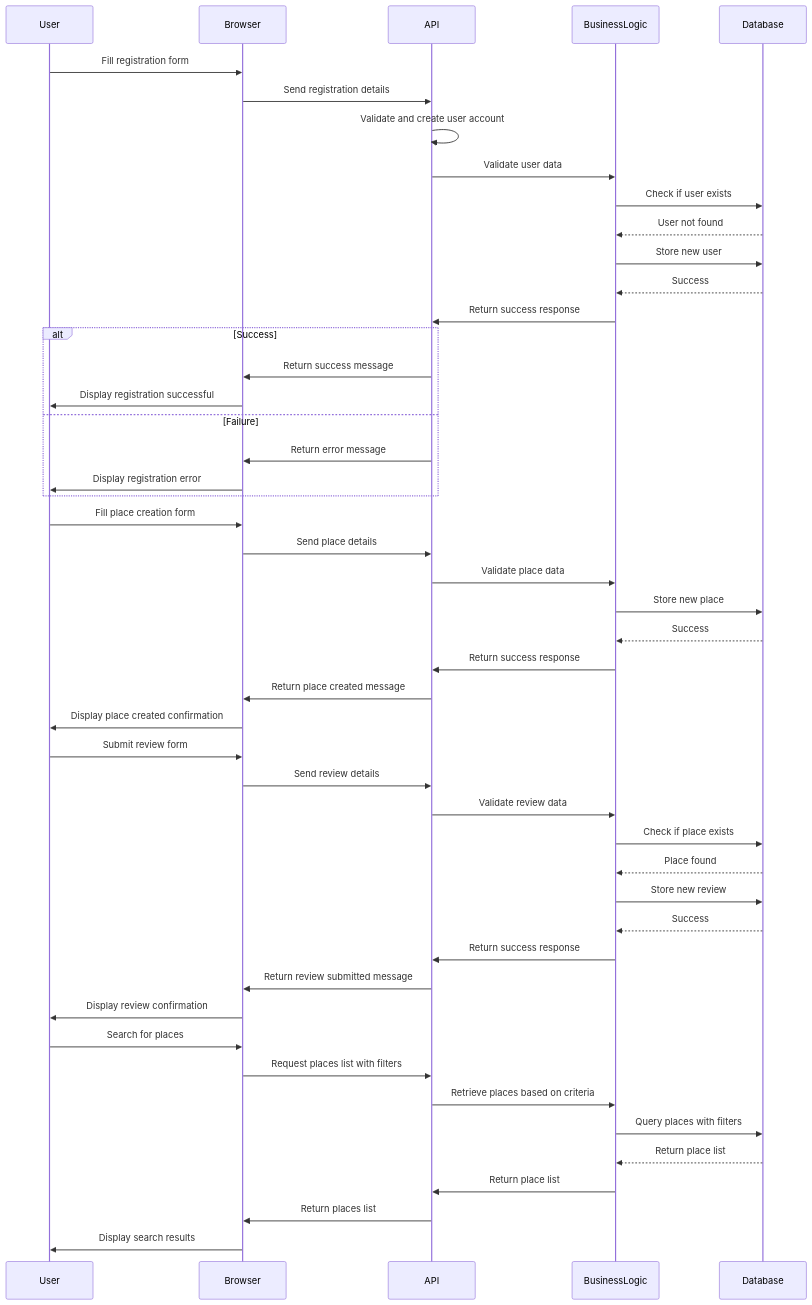
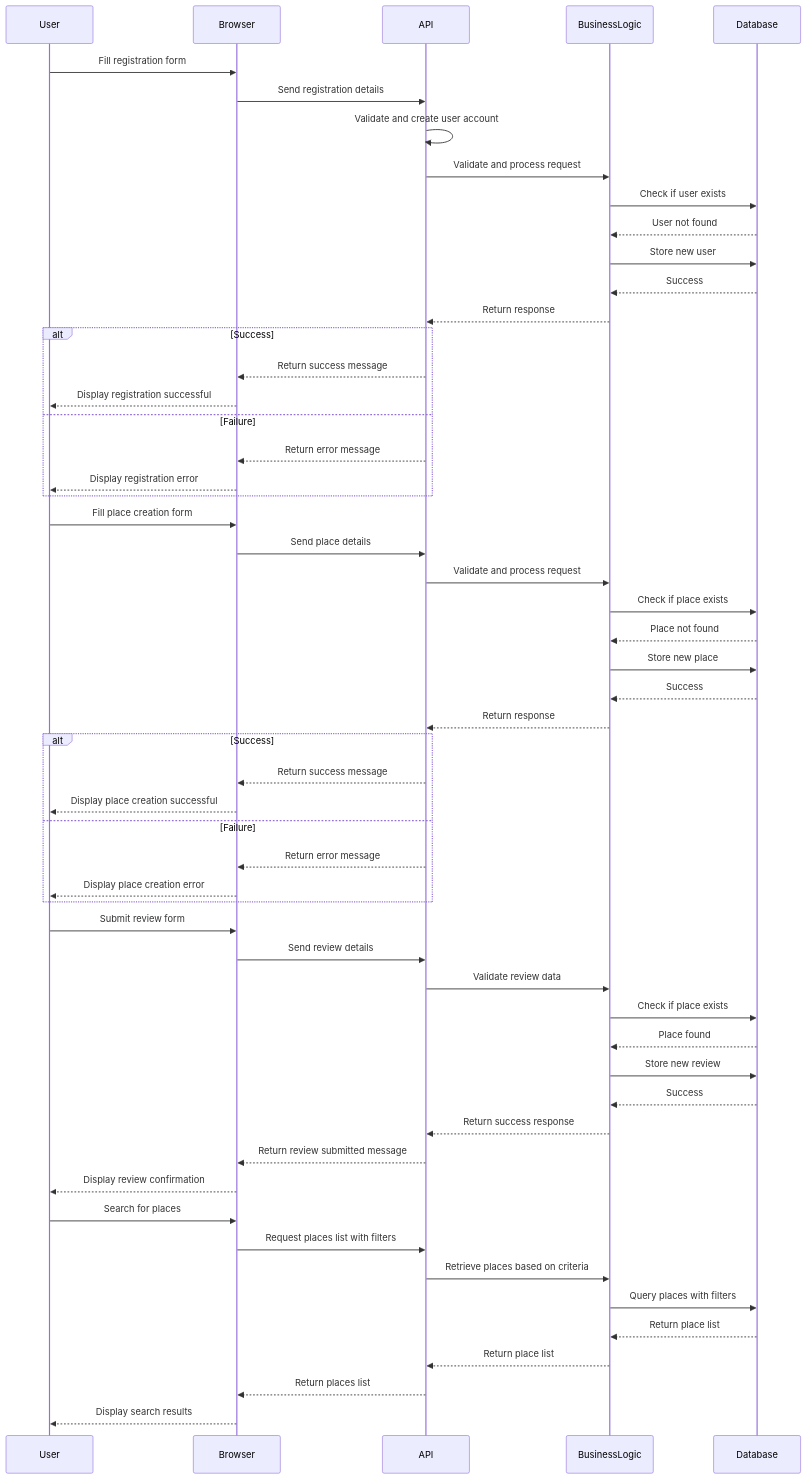
One commit to MaKSiiMe/holbertonschool-hbnb changed the diagram in HBnB-UML/sequence_diagram_for_API_calls.md. Above: the diagram before and after it, drawn with Mermaid. The commit also changed 4 other files, not shown here.

Commit message:
failure condition + return

````diff
--- a/HBnB-UML/sequence_diagram_for_API_calls.md
+++ b/HBnB-UML/sequence_diagram_for_API_calls.md
@@ -1,62 +1,69 @@
 ```mermaid
 sequenceDiagram
     participant User
     participant Browser
     participant API
     participant BusinessLogic
     participant Database
 
     # User Registration: A user signs up for a new account.
 
     User->>Browser: Fill registration form
     Browser->>API: Send registration details
     API->>API: Validate and create user account
-    API->>BusinessLogic: Validate user data
+    API->>BusinessLogic: Validate and process request
     BusinessLogic->>Database: Check if user exists
     Database-->>BusinessLogic: User not found
     BusinessLogic->>Database: Store new user
     Database-->>BusinessLogic: Success
-    BusinessLogic->>API: Return success response
+    BusinessLogic-->>API: Return response
     alt Success
-        API->>Browser: Return success message
-        Browser->>User: Display registration successful
+        API-->>Browser: Return success message
+        Browser-->>User: Display registration successful
     else Failure
-        API->>Browser: Return error message
-        Browser->>User: Display registration error
+        API-->>Browser: Return error message
+        Browser-->>User: Display registration error
     end
 
     # Place Creation: A user creates a new place listing.
 
     User->>Browser: Fill place creation form
     Browser->>API: Send place details
-    API->>BusinessLogic: Validate place data
+    API->>BusinessLogic: Validate and process request
+    BusinessLogic->>Database: Check if place exists
+    Database-->>BusinessLogic: Place not found
     BusinessLogic->>Database: Store new place
     Database-->>BusinessLogic: Success
-    BusinessLogic->>API: Return success response
-    API->>Browser: Return place created message
-    Browser->>User: Display place created confirmation
+    BusinessLogic-->>API: Return response
+    alt Success
+        API-->>Browser: Return success message
+        Browser-->>User: Display place creation successful
+    else Failure
+        API-->>Browser: Return error message
+        Browser-->>User: Display place creation error
+    end
 
     # Review Submission: A user submits a review for a place.
 
     User->>Browser: Submit review form
     Browser->>API: Send review details
     API->>BusinessLogic: Validate review data
     BusinessLogic->>Database: Check if place exists
     Database-->>BusinessLogic: Place found
     BusinessLogic->>Database: Store new review
     Database-->>BusinessLogic: Success
-    BusinessLogic->>API: Return success response
-    API->>Browser: Return review submitted message
-    Browser->>User: Display review confirmation
+    BusinessLogic-->>API: Return success response
+    API-->>Browser: Return review submitted message
+    Browser-->>User: Display review confirmation
 
     # Fetching a List of Places: A user requests a list of places based on certain criteria.
 
     User->>Browser: Search for places
     Browser->>API: Request places list with filters
     API->>BusinessLogic: Retrieve places based on criteria
     BusinessLogic->>Database: Query places with filters
     Database-->>BusinessLogic: Return place list
-    BusinessLogic->>API: Return place list
-    API->>Browser: Return places list
-    Browser->>User: Display search results
+    BusinessLogic-->>API: Return place list
+    API-->>Browser: Return places list
+    Browser-->>User: Display search results
 ```
````
